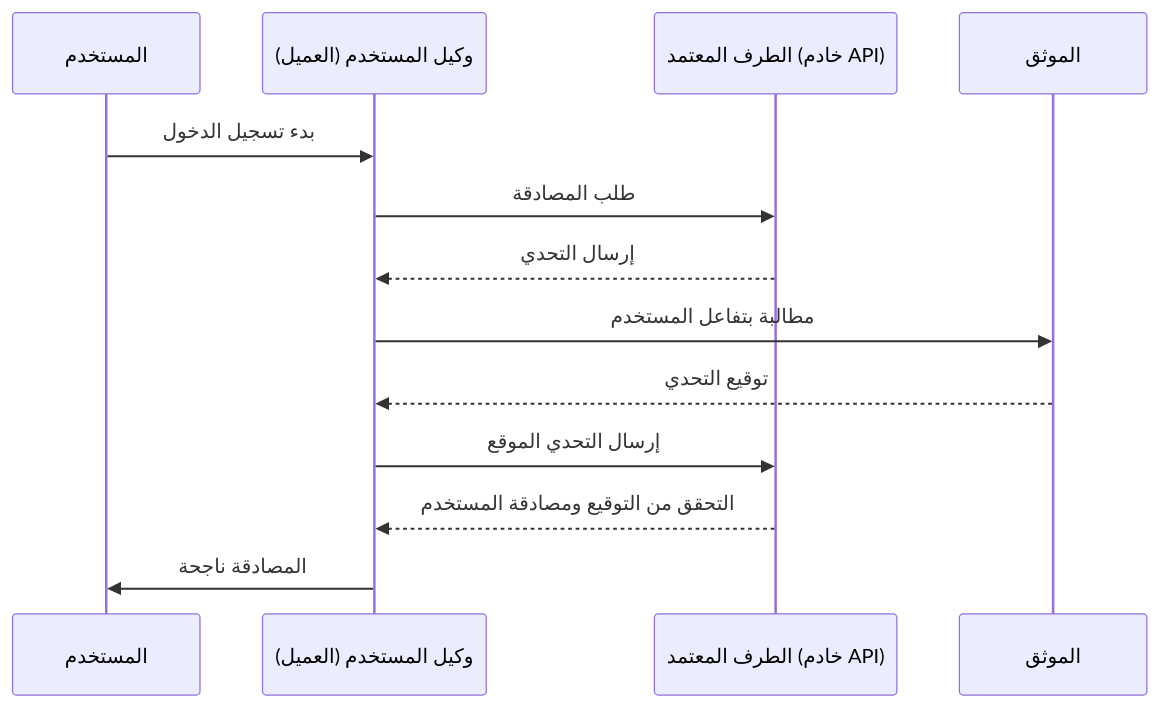
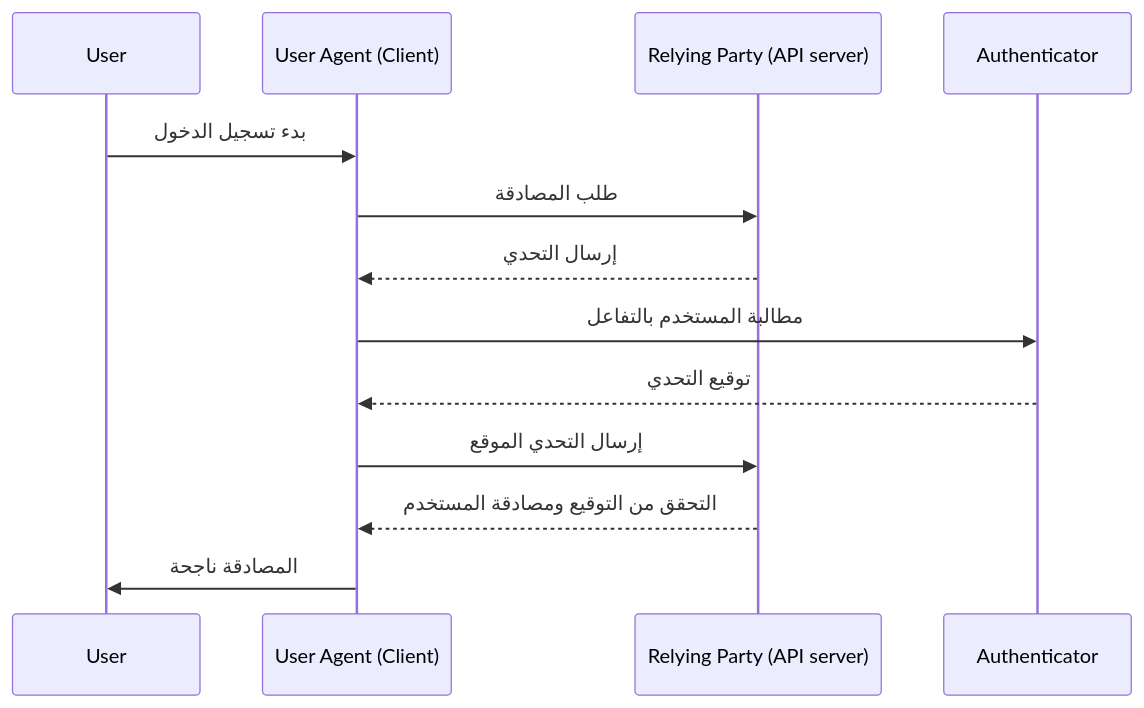
Before and after one commit to logto-io/auth-wiki: the second of 2 diagrams in src/content/terms/ar/webauthn.mdx, drawn with Mermaid. The commit also changed other lines of this file and 98 other files, not shown here.

````diff
--- a/src/content/terms/ar/webauthn.mdx
+++ b/src/content/terms/ar/webauthn.mdx
@@ -67,16 +75,16 @@
 ```mermaid
 sequenceDiagram
-	participant المستخدم
-	participant وكيل المستخدم (العميل)
-	participant الطرف المعتمد (خادم API)
-	participant الموثق
+	participant User
+	participant User Agent (Client)
+	participant Relying Party (API server)
+	participant Authenticator
 
-	المستخدم ->> وكيل المستخدم (العميل): بدء تسجيل الدخول
-	وكيل المستخدم (العميل) ->> الطرف المعتمد (خادم API): طلب المصادقة
-	الطرف المعتمد (خادم API) -->> وكيل المستخدم (العميل): إرسال التحدي
-	وكيل المستخدم (العميل) ->> الموثق: مطالبة بتفاعل المستخدم
-	الموثق -->> وكيل المستخدم (العميل): توقيع التحدي
-	وكيل المستخدم (العميل) ->> الطرف المعتمد (خادم API): إرسال التحدي الموقع
-	الطرف المعتمد (خادم API) -->> وكيل المستخدم (العميل): التحقق من التوقيع ومصادقة المستخدم
-	وكيل المستخدم (العميل) ->> المستخدم: المصادقة ناجحة
+	User ->> User Agent (Client): بدء تسجيل الدخول
+	User Agent (Client) ->> Relying Party (API server): طلب المصادقة
+	Relying Party (API server) -->> User Agent (Client): إرسال التحدي
+	User Agent (Client) ->> Authenticator: مطالبة المستخدم بالتفاعل
+	Authenticator -->> User Agent (Client): توقيع التحدي
+	User Agent (Client) ->> Relying Party (API server): إرسال التحدي الموقع
+	Relying Party (API server) -->> User Agent (Client): التحقق من التوقيع ومصادقة المستخدم
+	User Agent (Client) ->> User: المصادقة ناجحة
 ```
````
